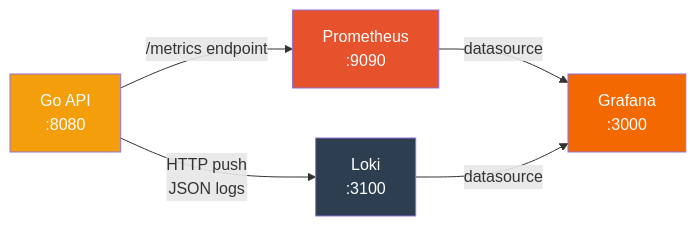
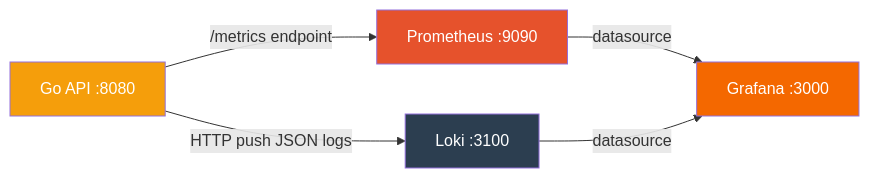
Before and after one commit to pktikkani/cams-docs: the diagram in src/content/architecture/observability.mdx, drawn with Mermaid. The commit also changed 2 other files, not shown here.

Commit message:
fix: replace br tags in mermaid diagrams for Mermaid v11 compatibility
MDX parser was interpreting <br/> inside mermaid code blocks as JSX.
Replaced with quoted node labels using em-dashes instead.

````diff
--- a/src/content/architecture/observability.mdx
+++ b/src/content/architecture/observability.mdx
@@ -7,12 +7,12 @@
 ```mermaid
 graph LR
-    API[Go API<br/>:8080] -->|/metrics endpoint| PROM[Prometheus<br/>:9090]
-    API -->|HTTP push<br/>JSON logs| LOKI[Loki<br/>:3100]
-    PROM -->|datasource| GRAF[Grafana<br/>:3000]
+    API["Go API :8080"] -->|/metrics endpoint| PROM["Prometheus :9090"]
+    API -->|HTTP push JSON logs| LOKI["Loki :3100"]
+    PROM -->|datasource| GRAF["Grafana :3000"]
     LOKI -->|datasource| GRAF
 
     style API fill:#f59e0b,color:#fff
     style PROM fill:#e6522c,color:#fff
     style LOKI fill:#2c3e50,color:#fff
     style GRAF fill:#f46800,color:#fff
 ```
````
